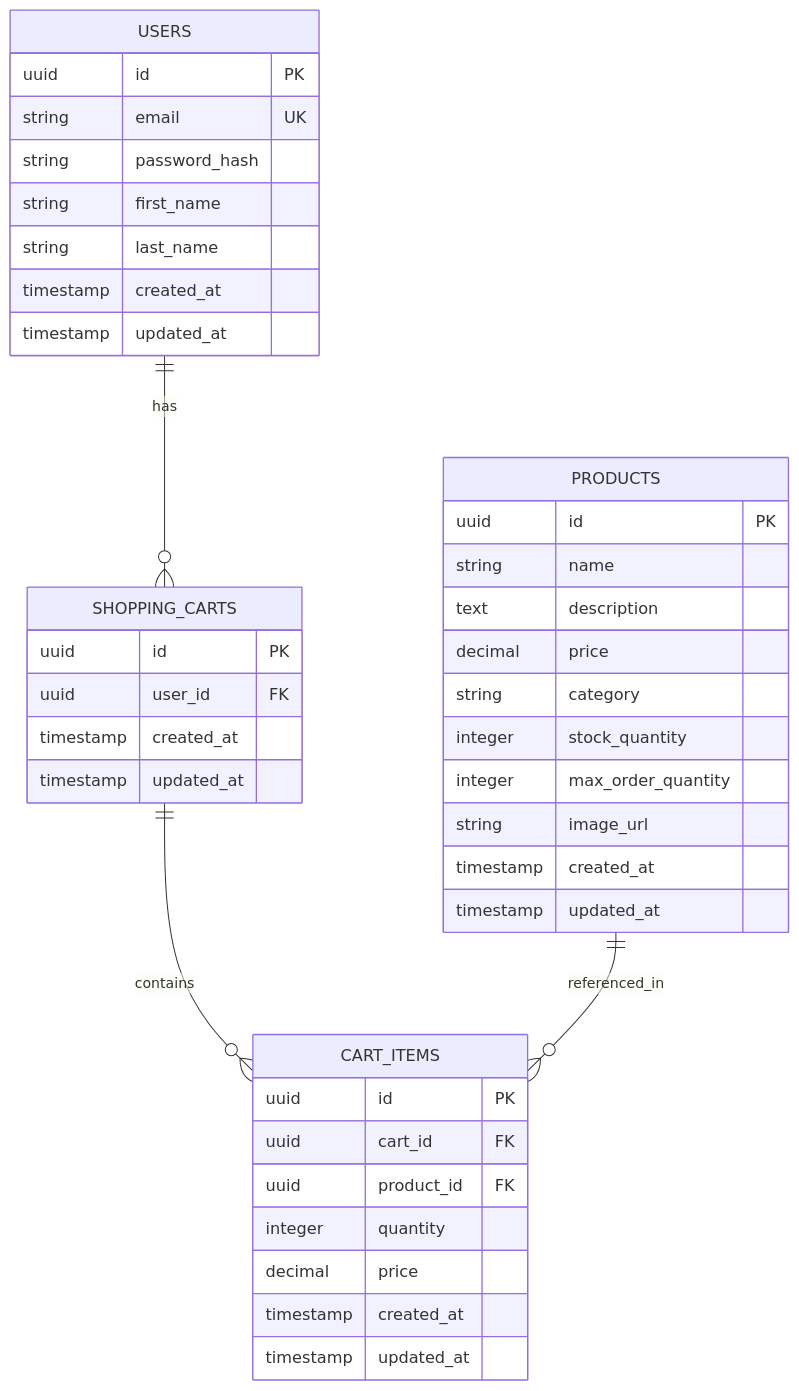
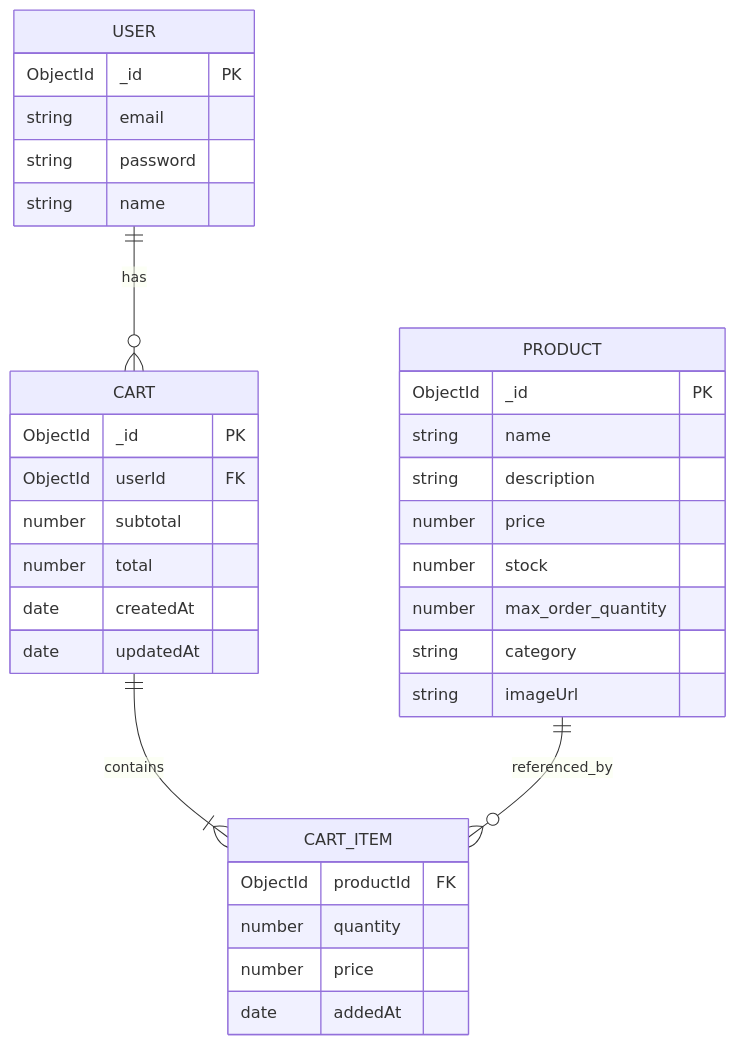
Before and after one commit to NavneetBN47/aava-ecom-demo: the eighth of 9 diagrams in docs/LLD/lld.md, drawn with Mermaid. The commit also changed other lines of this file, not shown here.

````diff
--- a/docs/LLD/lld.md
+++ b/docs/LLD/lld.md
@@ -1766,46 +1817,40 @@
 ```mermaid
 erDiagram
-    USERS ||--o{ SHOPPING_CARTS : has
-    SHOPPING_CARTS ||--o{ CART_ITEMS : contains
-    PRODUCTS ||--o{ CART_ITEMS : referenced_in
+    USER ||--o{ CART : has
+    CART ||--|{ CART_ITEM : contains
+    PRODUCT ||--o{ CART_ITEM : referenced_by
     
-    USERS {
-        uuid id PK
-        string email UK
-        string password_hash
-        string first_name
-        string last_name
-        timestamp created_at
-        timestamp updated_at
+    USER {
+        ObjectId _id PK
+        string email
+        string password
+        string name
     }
     
-    PRODUCTS {
-        uuid id PK
-        string name
-        text description
-        decimal price
-        string category
-        integer stock_quantity
-        integer max_order_quantity
-        string image_url
-        timestamp created_at
-        timestamp updated_at
+    CART {
+        ObjectId _id PK
+        ObjectId userId FK
+        number subtotal
+        number total
+        date createdAt
+        date updatedAt
     }
     
-    SHOPPING_CARTS {
-        uuid id PK
-        uuid user_id FK
-        timestamp created_at
-        timestamp updated_at
+    CART_ITEM {
+        ObjectId productId FK
+        number quantity
+        number price
+        date addedAt
     }
     
-    CART_ITEMS {
-        uuid id PK
-        uuid cart_id FK
-        uuid product_id FK
-        integer quantity
-        decimal price
-        timestamp created_at
-        timestamp updated_at
+    PRODUCT {
+        ObjectId _id PK
+        string name
+        string description
+        number price
+        number stock
+        number max_order_quantity
+        string category
+        string imageUrl
     }
 ```
````
